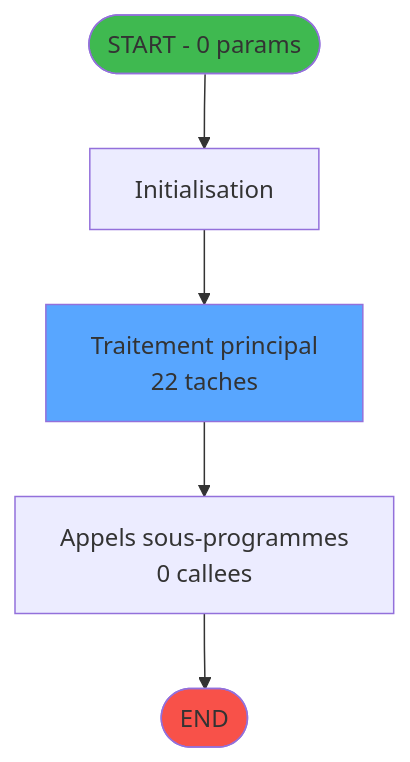
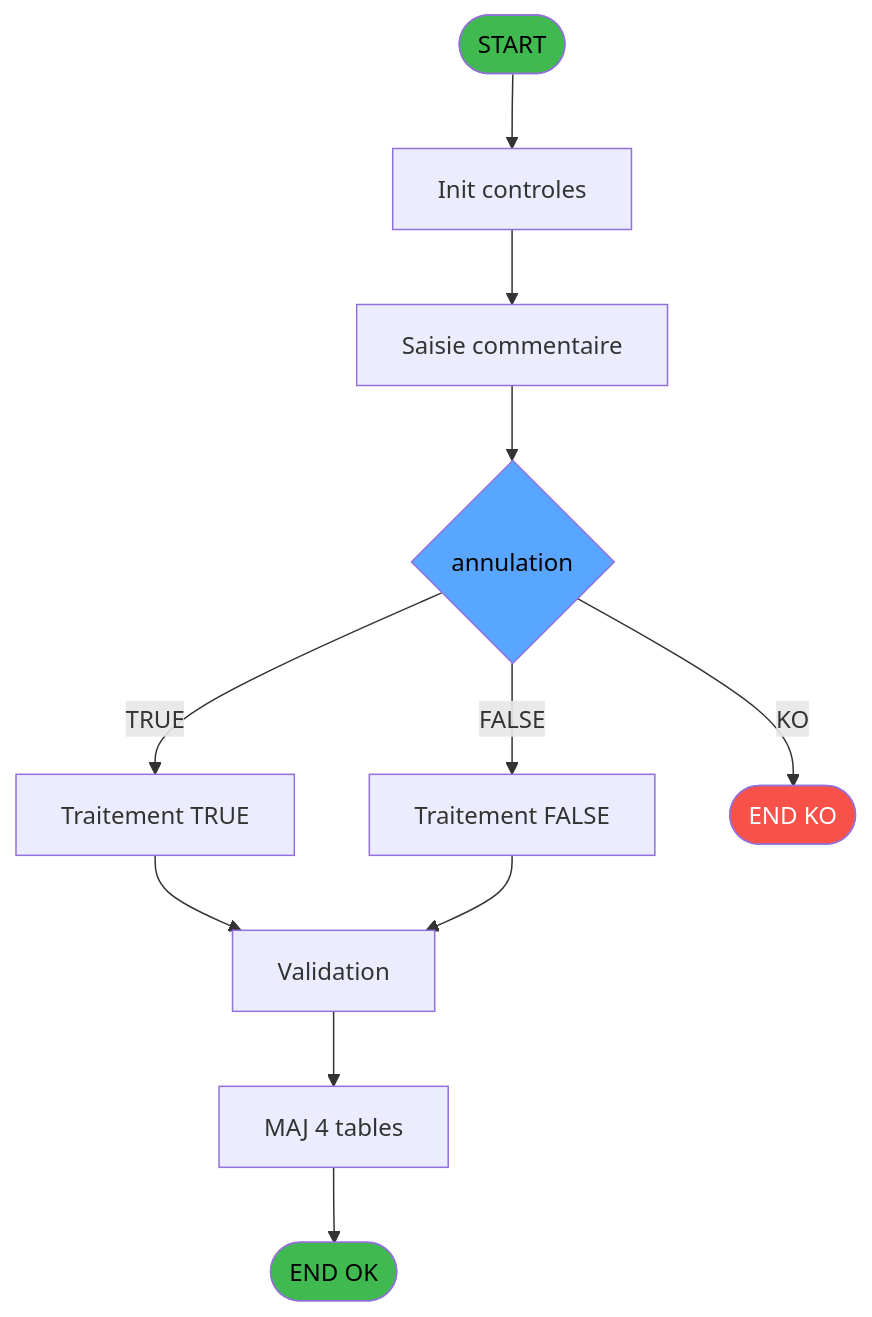
Before and after one commit to thonyAGP/magic-migration: the second of 4 diagrams in .openspec/specs/ADH-IDE-243.md, drawn with Mermaid. The commit also changed other lines of this file and 253 other files, not shown here.

````diff
--- a/.openspec/specs/ADH-IDE-243.md
+++ b/.openspec/specs/ADH-IDE-243.md
@@ -106,14 +1127,24 @@
 ```mermaid
 flowchart TD
-    START([START - 0 params])
-    INIT["Initialisation"]
-    PROCESS["Traitement principal<br/>22 taches"]
-    CALLS["Appels sous-programmes<br/>0 callees"]
-    ENDOK([END])
+    START([START])
+    INIT[Init controles]
+    SAISIE[Saisie commentaire]
+    DECISION{annulation}
+    BR1[Traitement TRUE]
+    BR2[Traitement FALSE]
+    VALID[Validation]
+    UPDATE[MAJ 4 tables]
+    ENDOK([END OK])
+    ENDKO([END KO])
 
-    START --> INIT --> PROCESS --> CALLS --> ENDOK
+    START --> INIT --> SAISIE --> DECISION
+    DECISION -->|TRUE| BR1 --> VALID
+    DECISION -->|FALSE| BR2 --> VALID
+    VALID --> UPDATE --> ENDOK
+    DECISION -->|KO| ENDKO
 
-    style START fill:#3fb950
-    style ENDOK fill:#f85149
-    style PROCESS fill:#58a6ff
+    style START fill:#3fb950,color:#000
+    style ENDOK fill:#3fb950,color:#000
+    style ENDKO fill:#f85149,color:#fff
+    style DECISION fill:#58a6ff,color:#000
 ```
````
